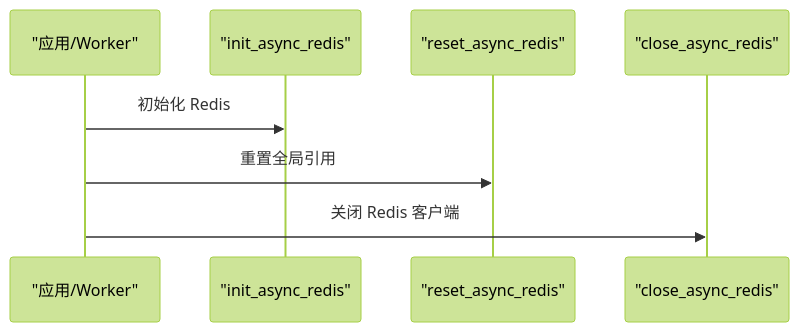
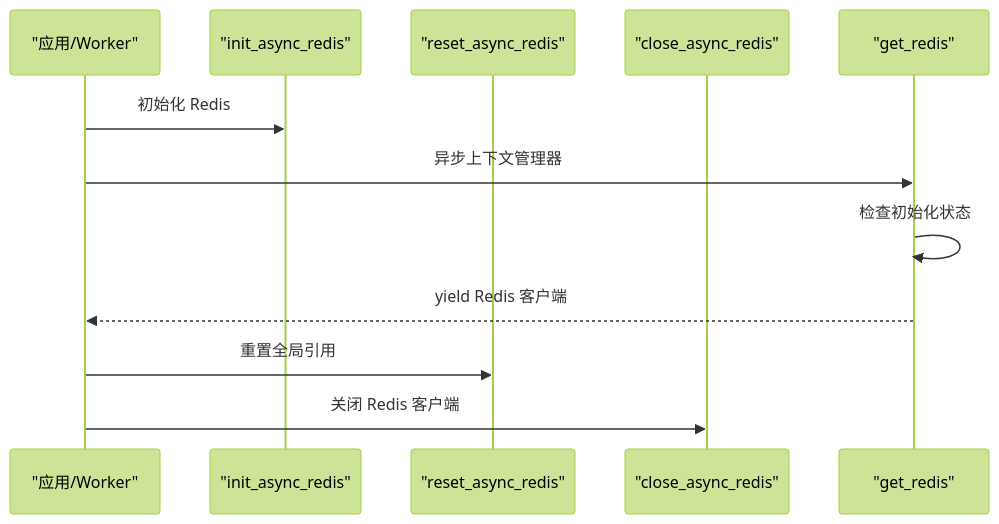
Before and after one commit to lilinzezzzzzz/fastapi-backend: the fifth of 10 diagrams in .qoder/repowiki/zh/content/缓存系统/Redis集成.md, drawn with Mermaid (forest theme). The commit also changed other lines of this file and 38 other files, not shown here.

````diff
--- a/.qoder/repowiki/zh/content/缓存系统/Redis集成.md
+++ b/.qoder/repowiki/zh/content/缓存系统/Redis集成.md
@@ -193,10 +270,14 @@
 ```mermaid
 sequenceDiagram
 participant APP as "应用/Worker"
 participant INIT as "init_async_redis"
 participant RESET as "reset_async_redis"
 participant CLOSE as "close_async_redis"
+participant CTX as "get_redis"
 APP->>INIT : 初始化 Redis
+APP->>CTX : 异步上下文管理器
+CTX->>CTX : 检查初始化状态
+CTX-->>APP : yield Redis 客户端
 APP->>RESET : 重置全局引用
 APP->>CLOSE : 关闭 Redis 客户端
 ```
````
